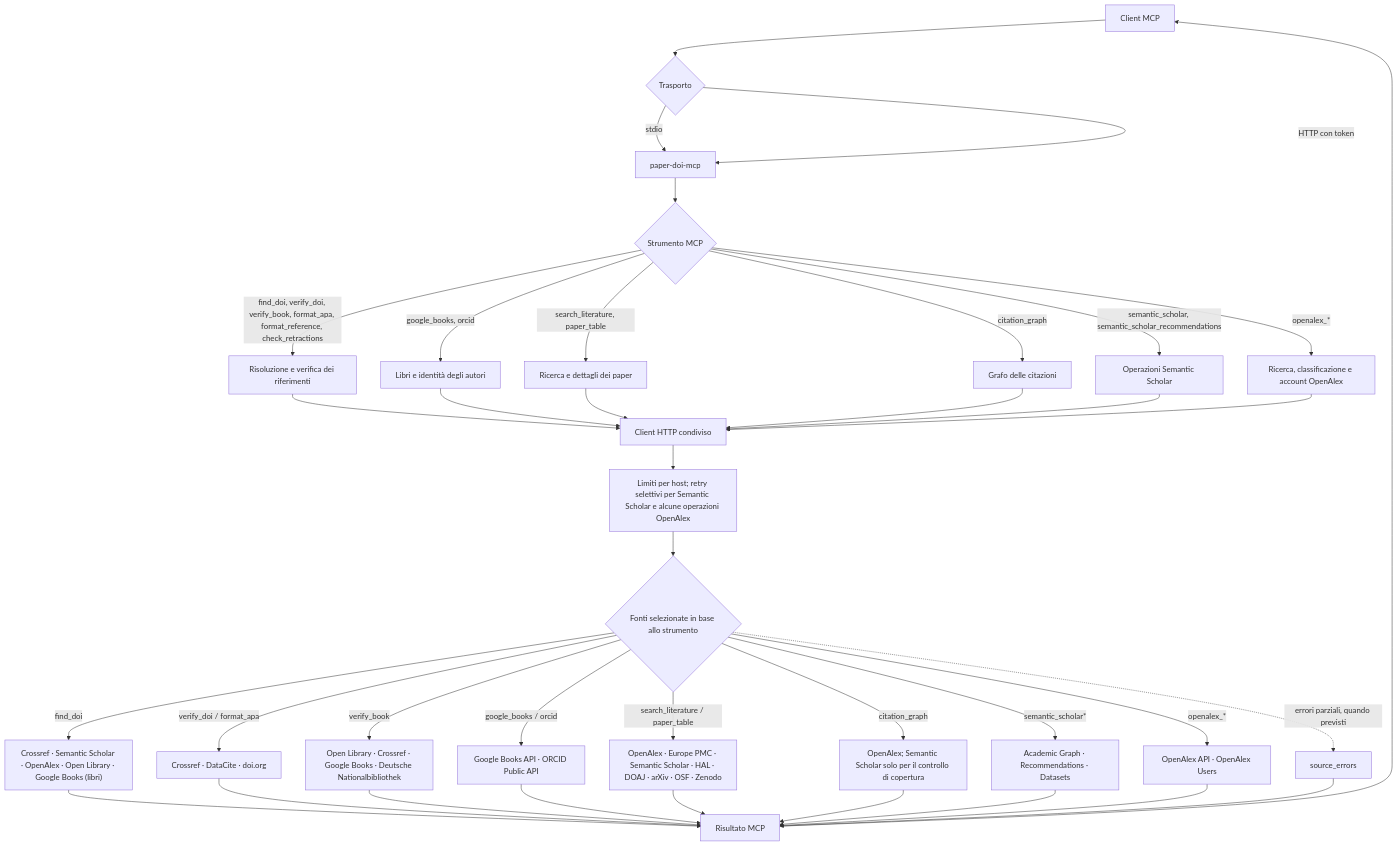
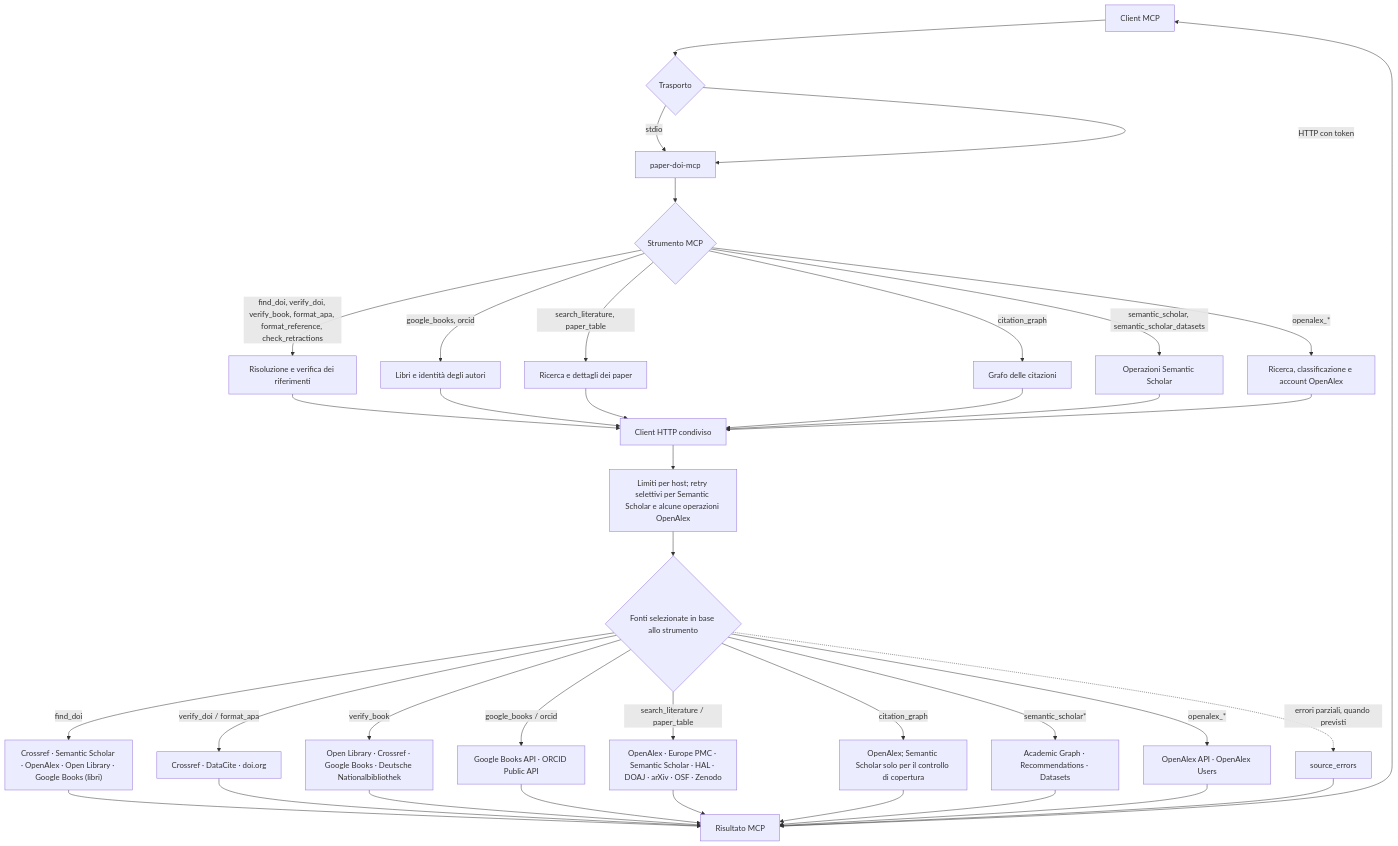
The diagram in README.md (graph-ist/doi-mcp), drawn with Mermaid before and after one commit. The commit also changed other lines of this file and 2 other files, not shown here.

````diff
--- a/README.md
+++ b/README.md
@@ -9,45 +9,45 @@
 ```mermaid
 flowchart TD
   Client["Client MCP"] --> Trasporto{"Trasporto"}
   Trasporto -->|stdio| Server["paper-doi-mcp"]
   Trasporto -->|HTTP con token| Server
 
   Server --> Strumento{"Strumento MCP"}
   Strumento -->|find_doi, verify_doi, verify_book, format_apa, format_reference, check_retractions| Riferimenti["Risoluzione e verifica dei riferimenti"]
   Strumento -->|google_books, orcid| Registri["Libri e identità degli autori"]
   Strumento -->|search_literature, paper_table| Ricerca["Ricerca e dettagli dei paper"]
   Strumento -->|citation_graph| Grafo["Grafo delle citazioni"]
-  Strumento -->|semantic_scholar, semantic_scholar_recommendations| SS["Operazioni Semantic Scholar"]
+  Strumento -->|semantic_scholar, semantic_scholar_datasets| SS["Operazioni Semantic Scholar"]
   Strumento -->|openalex_*| OA["Ricerca, classificazione e account OpenAlex"]
 
   Riferimenti --> HTTP["Client HTTP condiviso"]
   Registri --> HTTP
   Ricerca --> HTTP
   Grafo --> HTTP
   SS --> HTTP
   OA --> HTTP
   HTTP --> Gestione["Limiti per host; retry selettivi per Semantic Scholar e alcune operazioni OpenAlex"]
 
   Gestione --> Fonti{"Fonti selezionate in base allo strumento"}
   Fonti -->|find_doi| Candidati["Crossref · Semantic Scholar · OpenAlex · Open Library · Google Books (libri)"]
   Fonti -->|verify_doi / format_apa| DOI["Crossref · DataCite · doi.org"]
   Fonti -->|verify_book| Libri["Open Library · Crossref · Google Books · Deutsche Nationalbibliothek"]
   Fonti -->|google_books / orcid| Registro["Google Books API · ORCID Public API"]
   Fonti -->|search_literature / paper_table| Letteratura["OpenAlex · Europe PMC · Semantic Scholar · HAL · DOAJ · arXiv · OSF · Zenodo"]
   Fonti -->|citation_graph| Citazioni["OpenAlex; Semantic Scholar solo per il controllo di copertura"]
   Fonti -->|semantic_scholar*| SSAPI["Academic Graph · Recommendations · Datasets"]
   Fonti -->|openalex_*| OAAPI["OpenAlex API · OpenAlex Users"]
 
   Candidati --> Risposta["Risultato MCP"]
   DOI --> Risposta
   Libri --> Risposta
   Registro --> Risposta
   Letteratura --> Risposta
   Citazioni --> Risposta
   SSAPI --> Risposta
   OAAPI --> Risposta
   Risposta --> Client
 
   Fonti -. "errori parziali, quando previsti" .-> Errori["source_errors"]
   Errori --> Risposta
 ```
````
